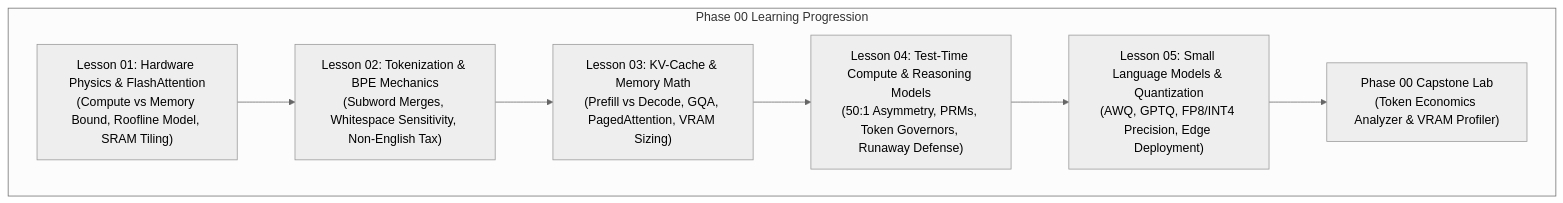
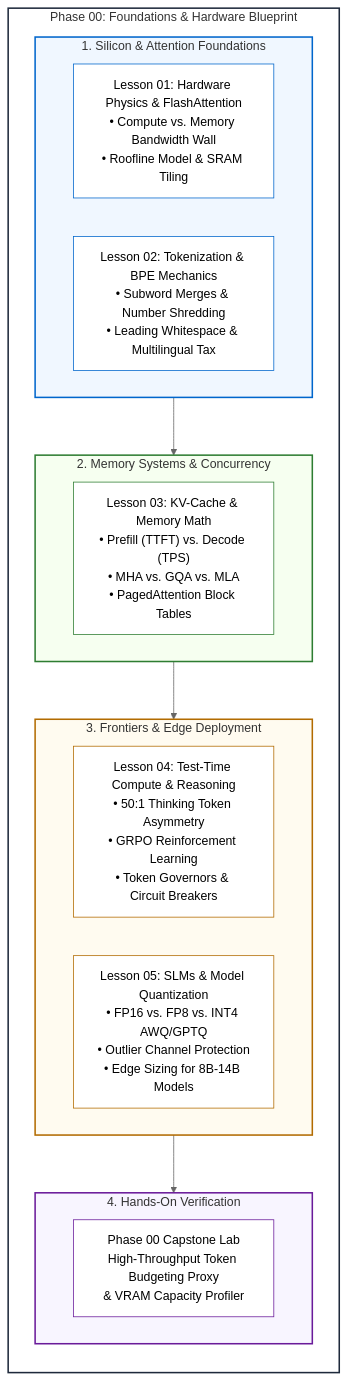
Before and after one commit to dip4k/senior-engineer-to-ai-engineer-roadmap: the diagram in 00-foundations-and-token-mechanics/README.md, drawn with Mermaid (neutral theme). The commit also changed other lines of this file and 6 other files, not shown here.

First line of the commit message:
feat(phase-00): refactor foundations & token mechanics with v2 beginner-friendly pedagogy

````diff
--- a/00-foundations-and-token-mechanics/README.md
+++ b/00-foundations-and-token-mechanics/README.md
@@ -13,13 +36,41 @@
 ```mermaid
 flowchart TD
-    subgraph Phase00Journey["Phase 00 Learning Progression"]
-        L1["Lesson 01: Hardware Physics & FlashAttention\n(Compute vs Memory Bound, Roofline Model, SRAM Tiling)"]
-        L2["Lesson 02: Tokenization & BPE Mechanics\n(Subword Merges, Whitespace Sensitivity, Non-English Tax)"]
-        L3["Lesson 03: KV-Cache & Memory Math\n(Prefill vs Decode, GQA, PagedAttention, VRAM Sizing)"]
-        L4["Lesson 04: Test-Time Compute & Reasoning Models\n(50:1 Asymmetry, PRMs, Token Governors, Runaway Defense)"]
-        L5["Lesson 05: Small Language Models & Quantization\n(AWQ, GPTQ, FP8/INT4 Precision, Edge Deployment)"]
-        Cap["Phase 00 Capstone Lab\n(Token Economics Analyzer & VRAM Profiler)"]
+    subgraph PHASE00["Phase 00: Foundations & Hardware Blueprint"]
+        direction TB
+
+        subgraph CORE_HW["1. Silicon & Attention Foundations"]
+            L1["Lesson 01: Hardware Physics & FlashAttention<br>• Compute vs. Memory Bandwidth Wall<br>• Roofline Model & SRAM Tiling"]
+            L2["Lesson 02: Tokenization & BPE Mechanics<br>• Subword Merges & Number Shredding<br>• Leading Whitespace & Multilingual Tax"]
+        end
+
+        subgraph MEM_SYS["2. Memory Systems & Concurrency"]
+            L3["Lesson 03: KV-Cache & Memory Math<br>• Prefill (TTFT) vs. Decode (TPS)<br>• MHA vs. GQA vs. MLA<br>• PagedAttention Block Tables"]
+        end
+
+        subgraph ADV_SYS["3. Frontiers & Edge Deployment"]
+            L4["Lesson 04: Test-Time Compute & Reasoning<br>• 50:1 Thinking Token Asymmetry<br>• GRPO Reinforcement Learning<br>• Token Governors & Circuit Breakers"]
+            L5["Lesson 05: SLMs & Model Quantization<br>• FP16 vs. FP8 vs. INT4 AWQ/GPTQ<br>• Outlier Channel Protection<br>• Edge Sizing for 8B-14B Models"]
+        end
+
+        subgraph CAPSTONE["4. Hands-On Verification"]
+            LAB["Phase 00 Capstone Lab<br>High-Throughput Token Budgeting Proxy<br>& VRAM Capacity Profiler"]
+        end
+
+        CORE_HW --> MEM_SYS
+        MEM_SYS --> ADV_SYS
+        ADV_SYS --> CAPSTONE
     end
 
-    L1 --> L2 --> L3 --> L4 --> L5 --> Cap
+    style PHASE00 fill:#ffffff,stroke:#1e293b,stroke-width:2px
+    style CORE_HW fill:#f0f7ff,stroke:#0066cc,stroke-width:2px
+    style MEM_SYS fill:#f6fff0,stroke:#2e7d32,stroke-width:2px
+    style ADV_SYS fill:#fffbf0,stroke:#b26b00,stroke-width:2px
+    style CAPSTONE fill:#f8f5ff,stroke:#6a1b9a,stroke-width:2px
+
+    style L1 fill:#ffffff,stroke:#0066cc,stroke-width:1px
+    style L2 fill:#ffffff,stroke:#0066cc,stroke-width:1px
+    style L3 fill:#ffffff,stroke:#2e7d32,stroke-width:1px
+    style L4 fill:#ffffff,stroke:#b26b00,stroke-width:1px
+    style L5 fill:#ffffff,stroke:#b26b00,stroke-width:1px
+    style LAB fill:#ffffff,stroke:#6a1b9a,stroke-width:1px
 ```
````
